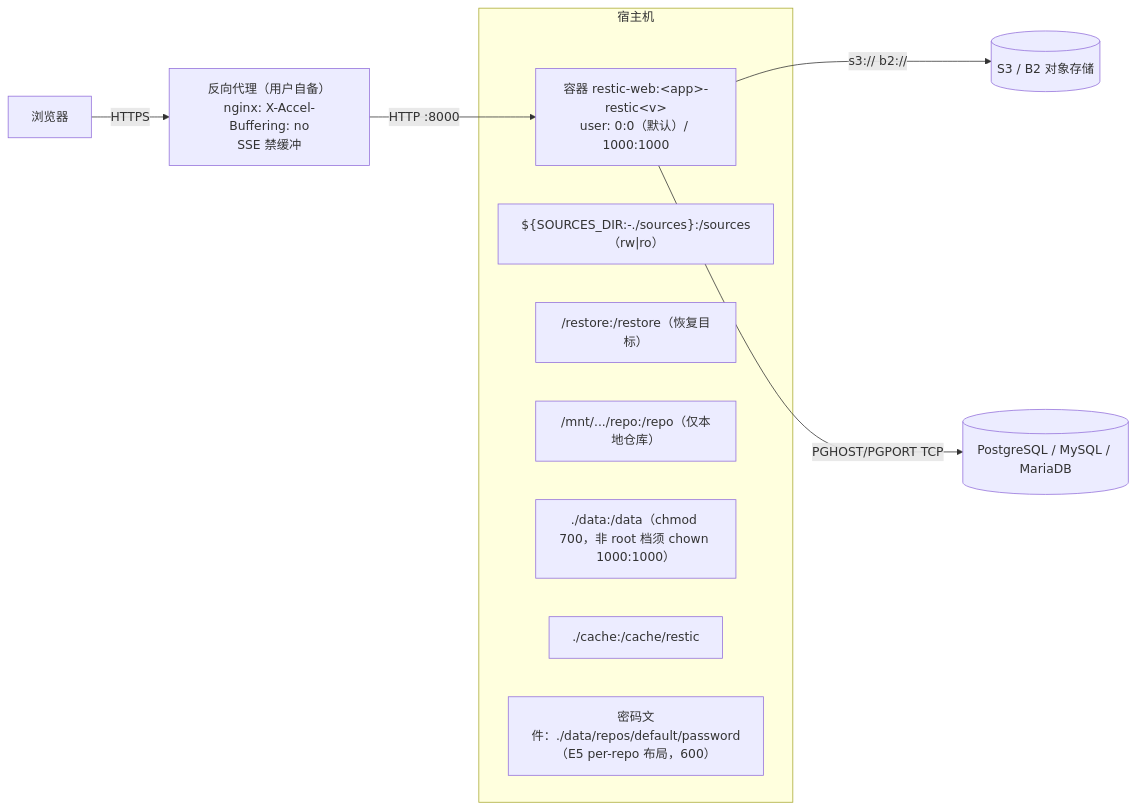
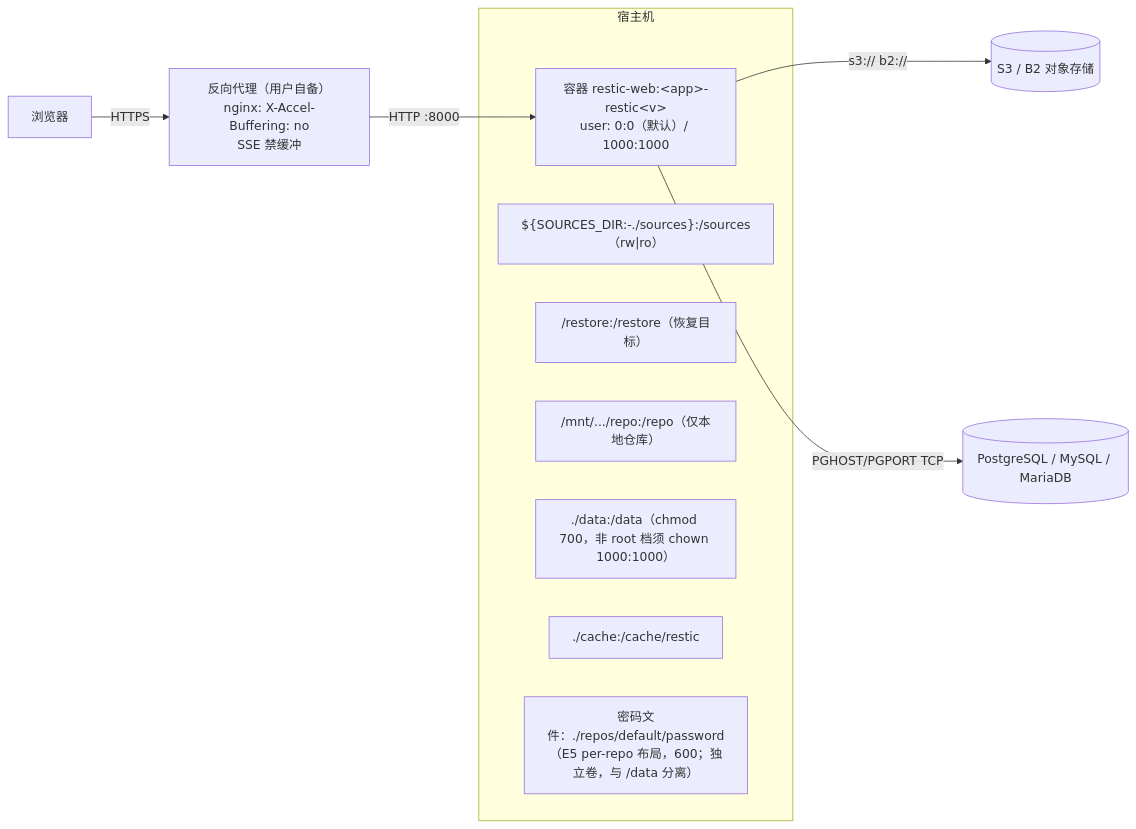
Before and after one commit to dolphin738/restic-docker-backup: the second of 11 diagrams in web版/docs/架构设计文档.md, drawn with Mermaid. The commit also changed other lines of this file and 3 other files, not shown here.

First line of the commit message:
docs: document the default key/data separation and the auto-generated rclone passphrase

````diff
--- a/web版/docs/架构设计文档.md
+++ b/web版/docs/架构设计文档.md
@@ -81,18 +81,18 @@
 ```mermaid
 graph LR
     U["浏览器"] -->|"HTTPS"| RP["反向代理（用户自备）<br/>nginx: X-Accel-Buffering: no<br/>SSE 禁缓冲"]
     RP -->|"HTTP :8000"| C["容器 restic-web:&lt;app&gt;-restic&lt;v&gt;<br/>user: 0:0（默认）/ 1000:1000"]
 
     subgraph HOST["宿主机"]
         C
         M1["${SOURCES_DIR:-./sources}:/sources（rw|ro）"]
         M2["/restore:/restore（恢复目标）"]
         M3["/mnt/.../repo:/repo（仅本地仓库）"]
         M4["./data:/data（chmod 700，非 root 档须 chown 1000:1000）"]
         M5["./cache:/cache/restic"]
-        M6["密码文件：./data/repos/default/password（E5 per-repo 布局，600）"]
+        M6["密码文件：./repos/default/password（E5 per-repo 布局，600；独立卷，与 /data 分离）"]
     end
 
     C -->|"s3:// b2://"| OBJ[("S3 / B2 对象存储")]
     C -->|"PGHOST/PGPORT TCP"| PGDB[("PostgreSQL / MySQL / MariaDB")]
 ```
````
